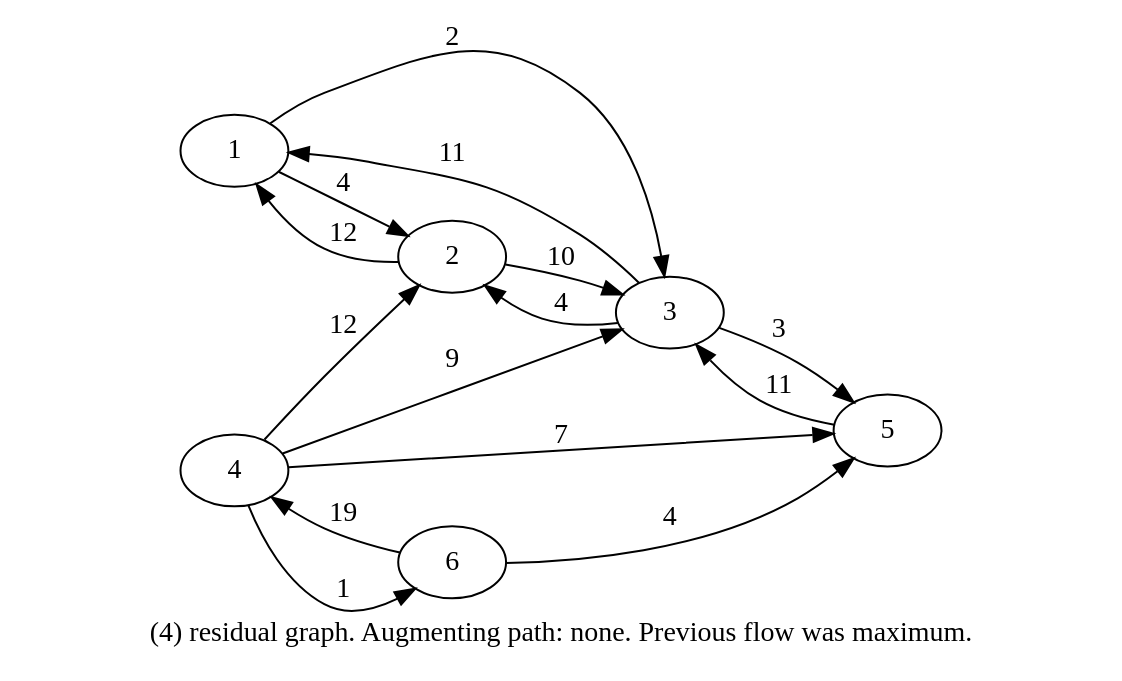
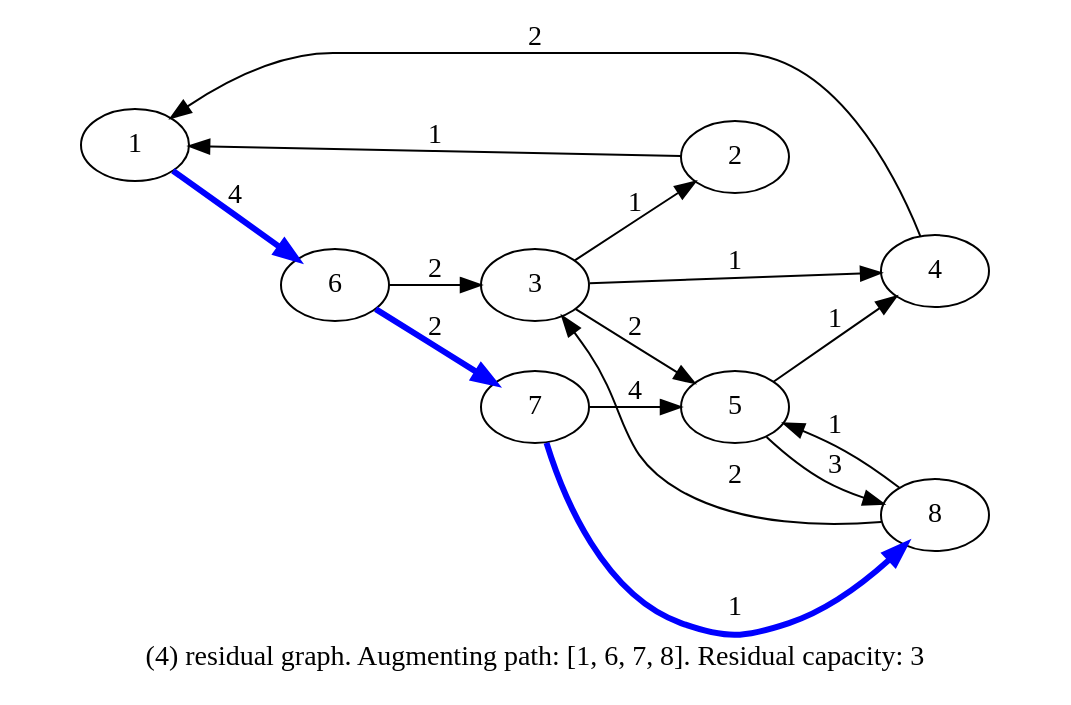
The diagram in output_residual4.gv (maryamass/Graph), drawn with Graphviz before and after one commit. The commit also changed 15 other files, not shown here.

Commit message:
function to test a flow added

```diff
--- a/output_residual4.gv
+++ b/output_residual4.gv
@@ -1,18 +1,18 @@
 digraph residualGraph4 {
   rankdir="LR"
-  label="(4) residual graph. Augmenting path: none. Previous flow was maximum."
-  1 -> 2 [label="4"];
-  1 -> 3 [label="2"];
-  2 -> 1 [label="12"];
-  2 -> 3 [label="10"];
-  3 -> 1 [label="11"];
-  3 -> 2 [label="4"];
-  3 -> 5 [label="3"];
-  4 -> 2 [label="12"];
-  4 -> 3 [label="9"];
-  4 -> 5 [label="7"];
-  4 -> 6 [label="1"];
-  5 -> 3 [label="11"];
-  6 -> 4 [label="19"];
-  6 -> 5 [label="4"];
+  label="(4) residual graph. Augmenting path: [1, 6, 7, 8]. Residual capacity: 3"
+  1 -> 6 [label="4", color=blue, penwidth=3];
+  2 -> 1 [label="1"];
+  3 -> 2 [label="1"];
+  3 -> 4 [label="1"];
+  3 -> 5 [label="2"];
+  4 -> 1 [label="2"];
+  5 -> 4 [label="1"];
+  5 -> 8 [label="3"];
+  6 -> 3 [label="2"];
+  6 -> 7 [label="2", color=blue, penwidth=3];
+  7 -> 5 [label="4"];
+  7 -> 8 [label="1", color=blue, penwidth=3];
+  8 -> 3 [label="2"];
+  8 -> 5 [label="1"];
 }
```
